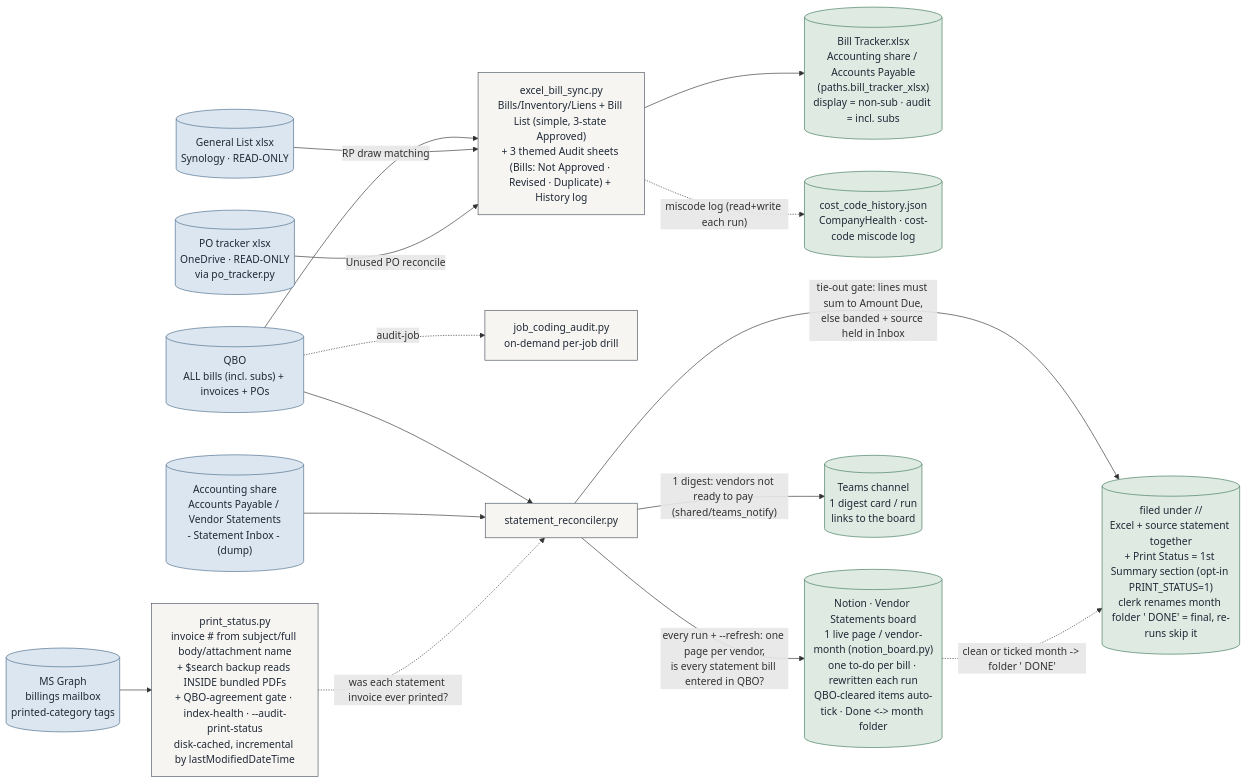
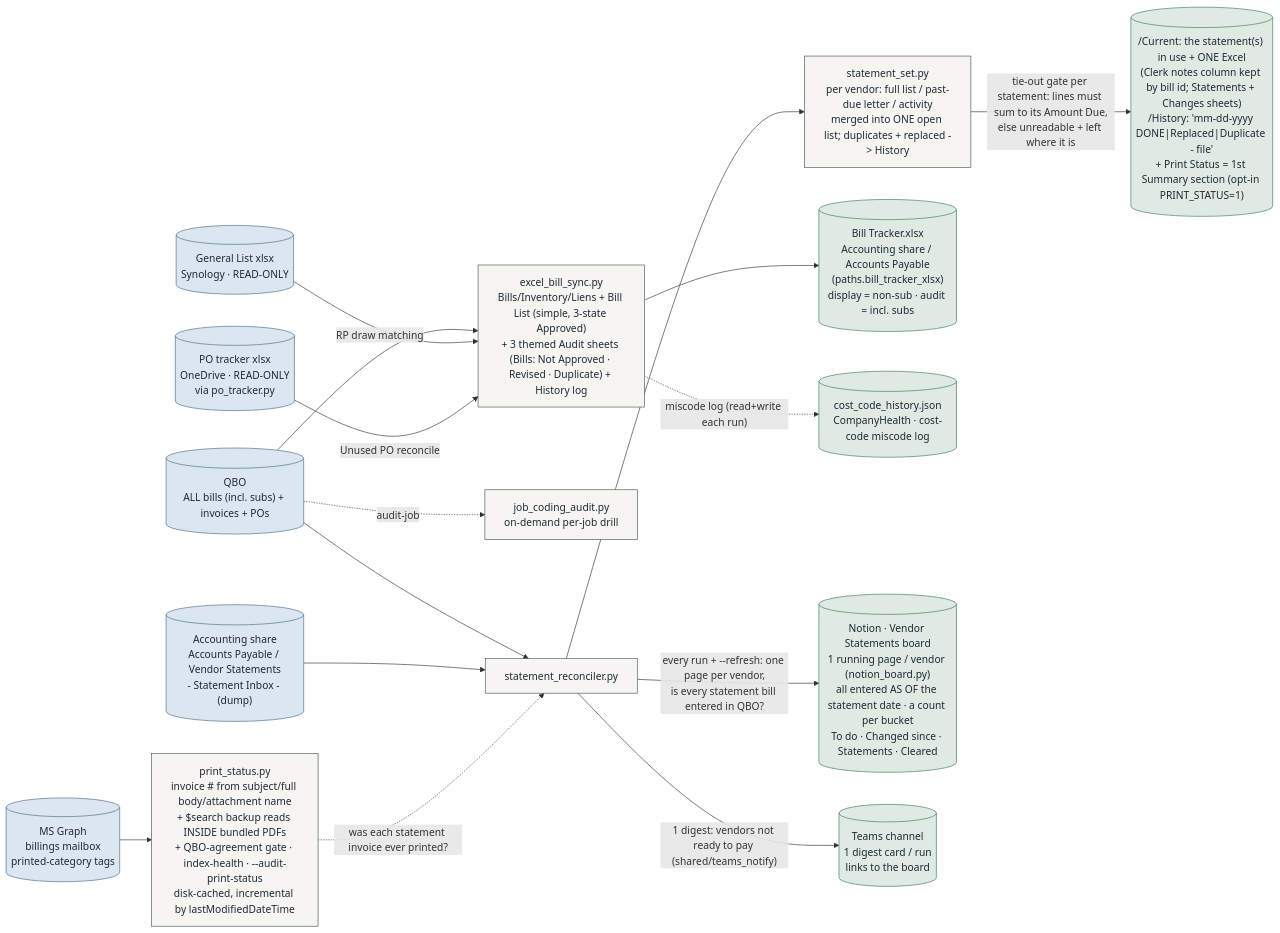
The third of 8 diagrams in docs/ARCHITECTURE.md (Ecarlo-Proficient/Claude-Report), drawn with Mermaid before and after one commit. The commit also changed 10 other files, not shown here.

````diff
--- a/docs/ARCHITECTURE.md
+++ b/docs/ARCHITECTURE.md
@@ -272,33 +272,33 @@
 ```mermaid
 flowchart LR
     classDef src fill:#dbe6f0,stroke:#4A6B8A,color:#1f2937
     classDef tool fill:#f6f5f1,stroke:#4b5563,color:#1f2937
     classDef out fill:#dfeae2,stroke:#3E7A5C,color:#1f2937
 
     QBO[("QBO\nALL bills (incl. subs) + invoices + POs")]:::src
     NAS[("Accounting share\nAccounts Payable / Vendor Statements\n- Statement Inbox - (dump)")]:::src
     GL[("General List xlsx\nSynology · READ-ONLY")]:::src
     POT[("PO tracker xlsx\nOneDrive · READ-ONLY\nvia po_tracker.py")]:::src
     MBX[("MS Graph\nbillings mailbox\nprinted-category tags")]:::src
     BT["excel_bill_sync.py\nBills/Inventory/Liens + Bill List (simple, 3-state Approved)\n+ 3 themed Audit sheets (Bills: Not Approved · Revised · Duplicate) + History log"]:::tool
     JCA["job_coding_audit.py\non-demand per-job drill"]:::tool
     SR["statement_reconciler.py"]:::tool
+    SS["statement_set.py\nper vendor: full list / past-due letter / activity\nmerged into ONE open list; duplicates + replaced -> History"]:::tool
     PS["print_status.py\ninvoice # from subject/full body/attachment name\n+ $search backup reads INSIDE bundled PDFs\n+ QBO-agreement gate · index-health · --audit-print-status\ndisk-cached, incremental by lastModifiedDateTime"]:::tool
     BX[("Bill Tracker.xlsx\nAccounting share / Accounts Payable\n(paths.bill_tracker_xlsx)\ndisplay = non-sub · audit = incl. subs")]:::out
     CCH[("cost_code_history.json\nCompanyHealth · cost-code miscode log")]:::out
-    RX[("filed under <Vendor>/<MM-YYYY>/\nExcel + source statement together\n+ Print Status = 1st Summary section (opt-in PRINT_STATUS=1)\nclerk renames month folder '<MM-YYYY> DONE' = final, re-runs skip it")]:::out
-    NB[("Notion · Vendor Statements board\n1 live page / vendor-month (notion_board.py)\none to-do per bill · rewritten each run\nQBO-cleared items auto-tick · Done <-> month folder")]:::out
+    RX[("<Vendor>/Current: the statement(s) in use + ONE Excel\n(Clerk notes column kept by bill id; Statements + Changes sheets)\n<Vendor>/History: 'mm-dd-yyyy DONE|Replaced|Duplicate - file'\n+ Print Status = 1st Summary section (opt-in PRINT_STATUS=1)")]:::out
+    NB[("Notion · Vendor Statements board\n1 running page / vendor (notion_board.py)\nall entered AS OF the statement date · a count per bucket\nTo do · Changed since · Statements · Cleared")]:::out
     TEAMS[("Teams channel\n1 digest card / run\nlinks to the board")]:::out
 
     QBO --> BT --> BX
     BT -. "miscode log (read+write each run)" .-> CCH
     QBO -. "audit-job" .-> JCA
     GL -- "RP draw matching" --> BT
     POT -- "Unused PO reconcile" --> BT
     QBO --> SR
-    NAS --> SR -- "tie-out gate: lines must sum to Amount Due,\nelse banded + source held in Inbox" --> RX
+    NAS --> SR --> SS -- "tie-out gate per statement: lines must sum to its Amount Due,\nelse unreadable + left where it is" --> RX
     SR -- "every run + --refresh: one page per vendor,\nis every statement bill entered in QBO?" --> NB
     SR -- "1 digest: vendors not ready to pay (shared/teams_notify)" --> TEAMS
-    NB -. "clean or ticked month -> folder '<MM-YYYY> DONE'" .-> RX
     MBX --> PS -. "was each statement invoice ever printed?" .-> SR
 ```
````
